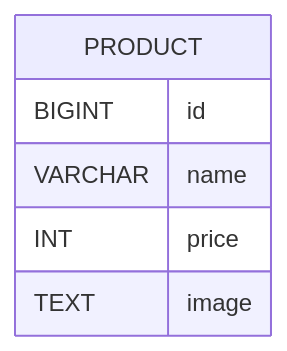
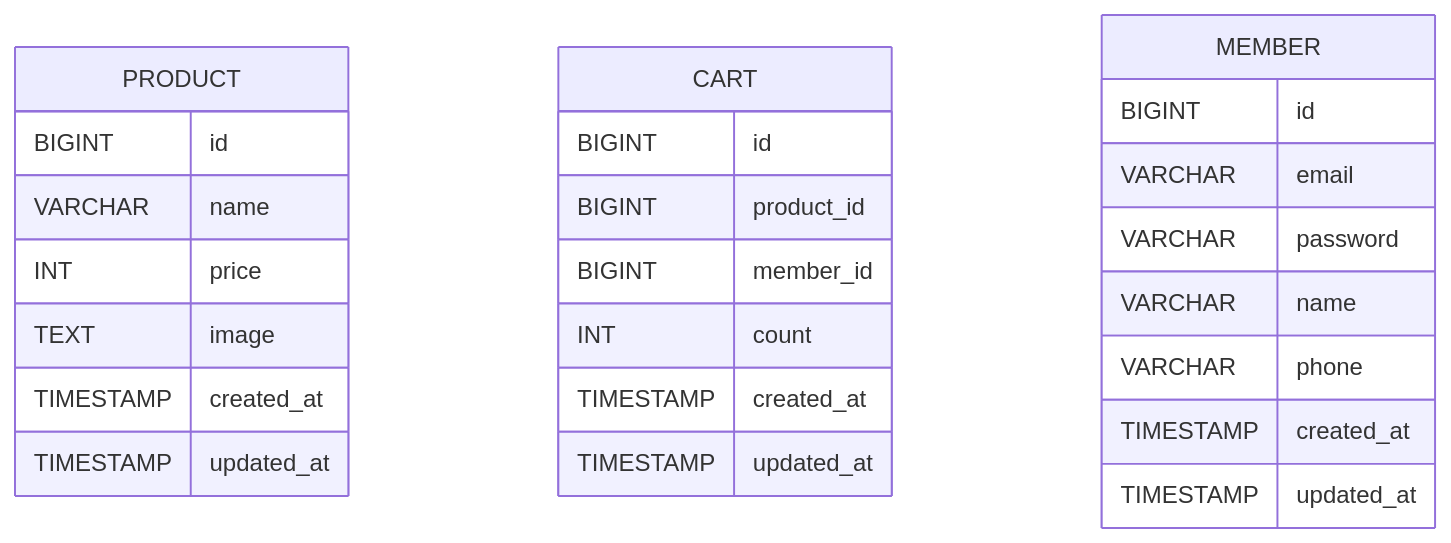
Before and after one commit to woowacourse/jwp-shopping-cart: the diagram in README.md, drawn with Mermaid. The commit also changed other lines of this file and 1 other file, not shown here.

````diff
--- a/README.md
+++ b/README.md
@@ -25,9 +66,30 @@
 ```mermaid
 erDiagram
     PRODUCT {
         BIGINT id
         VARCHAR name
         INT price
         TEXT image
+        TIMESTAMP created_at
+        TIMESTAMP updated_at
+    }
+
+    CART {
+        BIGINT id
+        BIGINT product_id
+        BIGINT member_id
+        INT count
+        TIMESTAMP created_at
+        TIMESTAMP updated_at
+    }
+
+    MEMBER {
+        BIGINT id
+        VARCHAR email
+        VARCHAR password
+        VARCHAR name
+        VARCHAR phone
+        TIMESTAMP created_at
+        TIMESTAMP updated_at
     }
 ```
````
